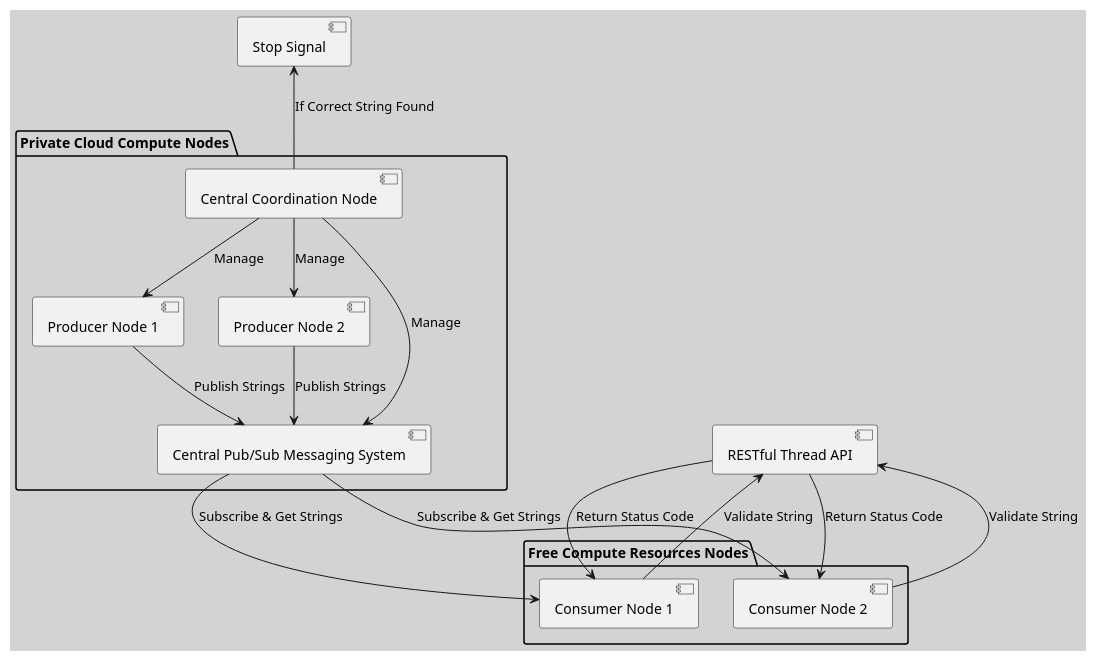
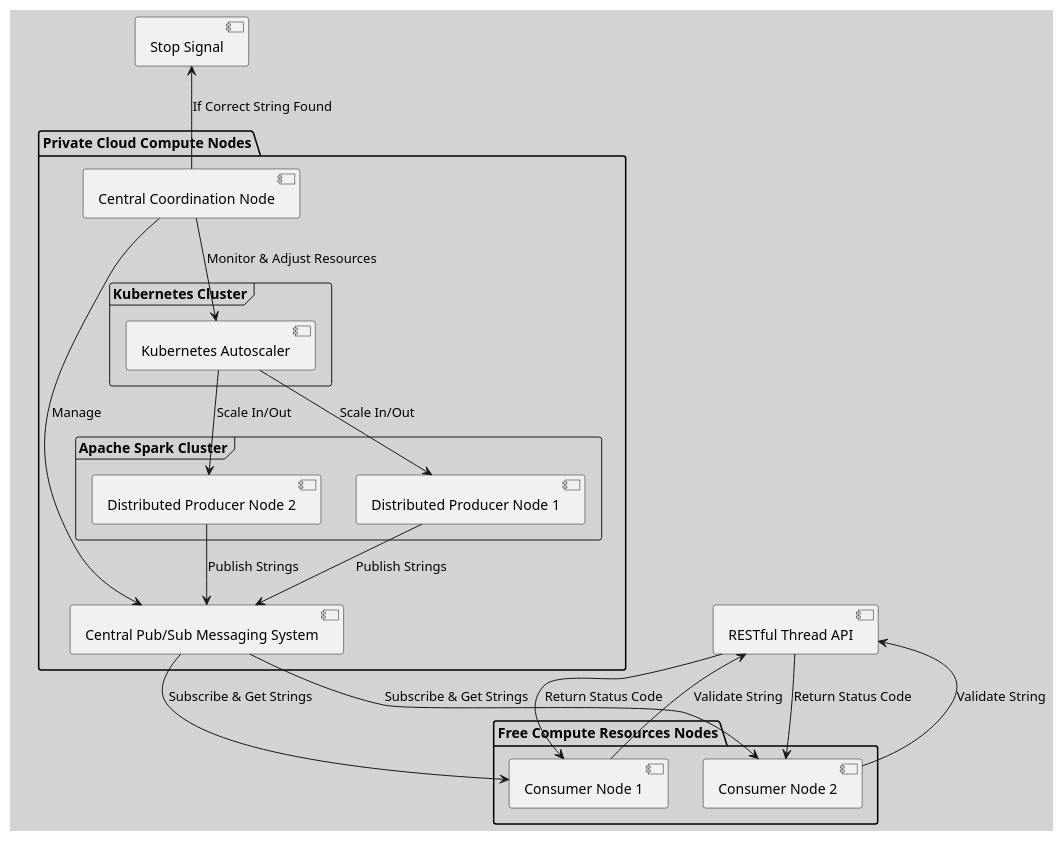
Before and after one commit to huangyingw/system_design: the diagram in interview_questions/distributed_string_guesser_architecture.puml, drawn with PlantUML.

```diff
--- a/interview_questions/distributed_string_guesser_architecture.puml
+++ b/interview_questions/distributed_string_guesser_architecture.puml
@@ -1,36 +1,42 @@
 @startuml
 skinparam backgroundColor #D3D3D3
 
 package "Private Cloud Compute Nodes" {
     [Central Coordination Node] as Coordinator
-    [Producer Node 1] as PrivateProducer1
-    [Producer Node 2] as PrivateProducer2
+    frame "Apache Spark Cluster" {
+    [Distributed Producer Node 1] as DistProducer1
+    [Distributed Producer Node 2] as DistProducer2
+    }
+    frame "Kubernetes Cluster" {
+        [Kubernetes Autoscaler] as Autoscaler
+    }
     [Central Pub/Sub Messaging System] as PubSub
 }
 
 package "Free Compute Resources Nodes" {
     [Consumer Node 1] as FreeConsumer1
     [Consumer Node 2] as FreeConsumer2
 }
     
 [RESTful Thread API] as API
 
-Coordinator --> PrivateProducer1 : Manage
-Coordinator --> PrivateProducer2 : Manage
+Coordinator --> Autoscaler : Monitor & Adjust Resources
+Autoscaler --> DistProducer1 : Scale In/Out
+Autoscaler --> DistProducer2 : Scale In/Out
 Coordinator --> PubSub : Manage
     
-PrivateProducer1 --> PubSub : Publish Strings
-PrivateProducer2 --> PubSub : Publish Strings
+DistProducer1 --> PubSub : Publish Strings
+DistProducer2 --> PubSub : Publish Strings
 
 PubSub --> FreeConsumer1 : Subscribe & Get Strings
 PubSub --> FreeConsumer2 : Subscribe & Get Strings
 
 FreeConsumer1 --> API : Validate String
 FreeConsumer2 --> API : Validate String
 
 API --> FreeConsumer1 : Return Status Code
 API --> FreeConsumer2 : Return Status Code
 
 Coordinator -up-> [Stop Signal] : If Correct String Found
 
 @enduml
```
